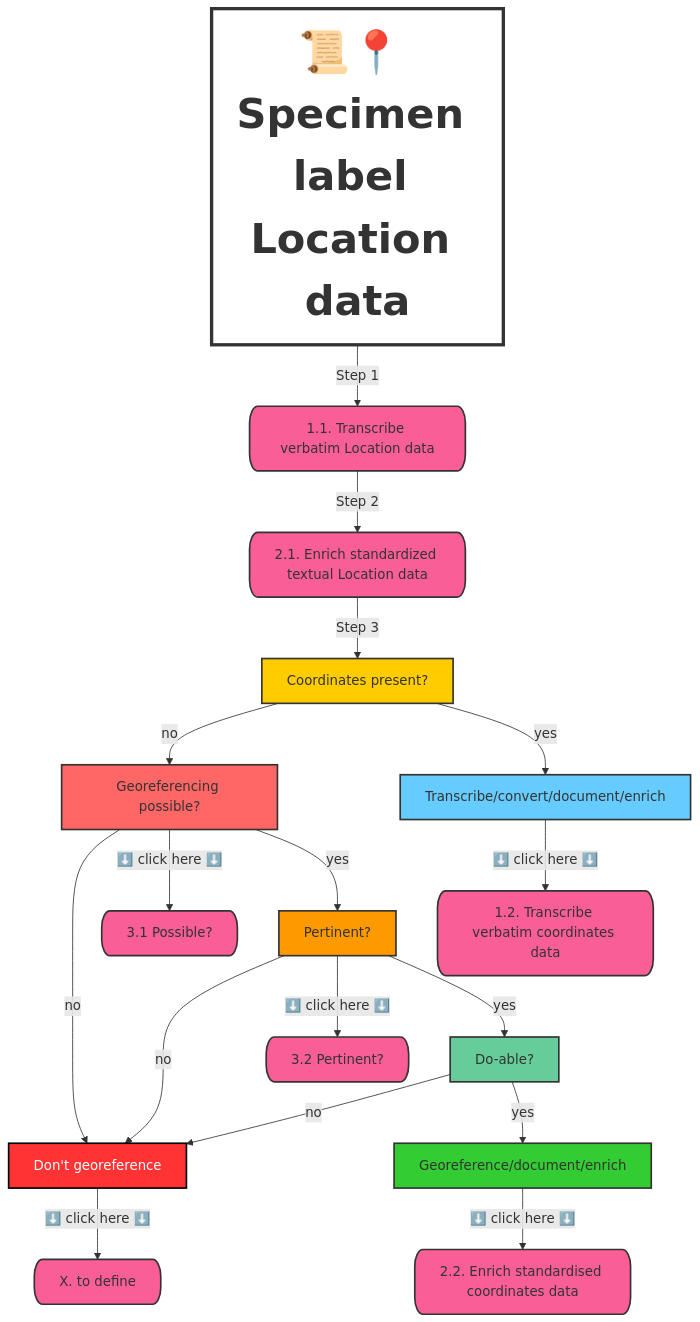
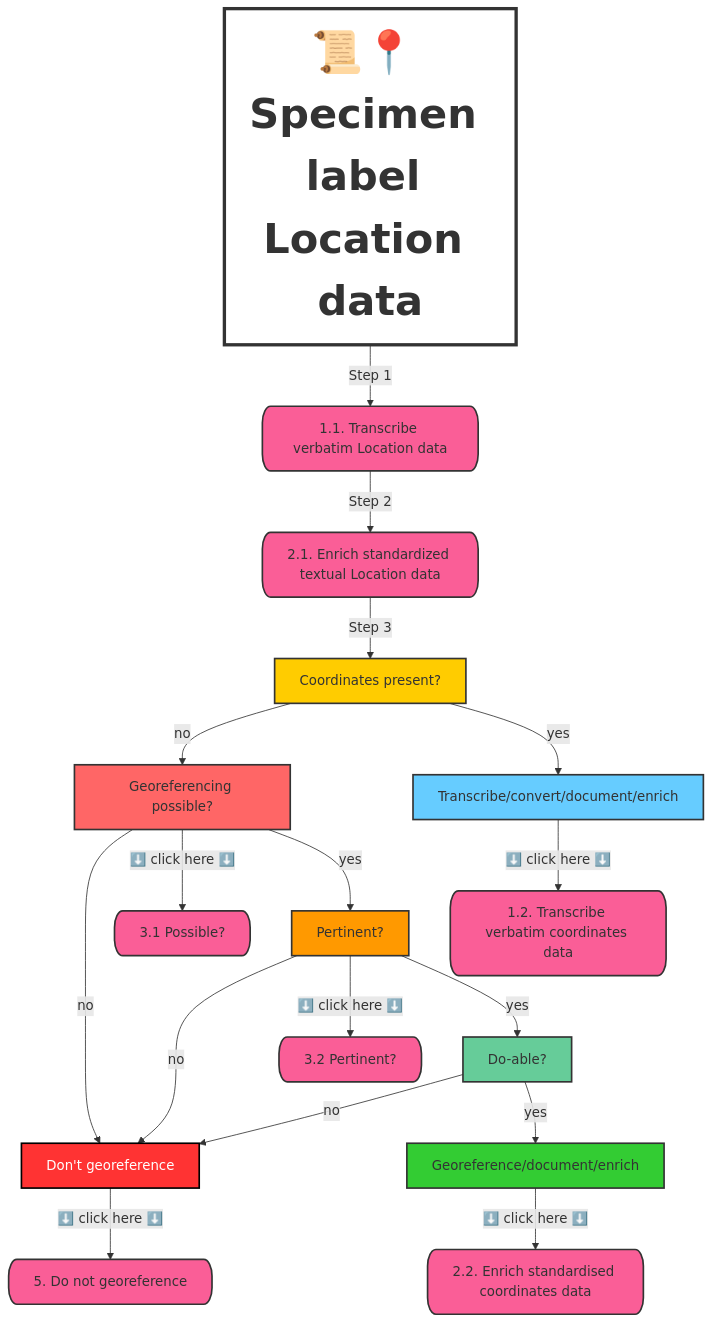
The diagram in en/thematicCommunities/GEOREFERENCING/geo_protocole.md (gbif/hp-swissnatcoll), drawn with Mermaid before and after one commit. The commit also changed other lines of this file, not shown here.

```diff
--- a/en/thematicCommunities/GEOREFERENCING/geo_protocole.md
+++ b/en/thematicCommunities/GEOREFERENCING/geo_protocole.md
@@ -36,46 +36,46 @@
 <div class="mermaid">
 graph TD;
     Start[📜📍 Specimen label Location data] --> |Step 1| Step1[1.1. Transcribe verbatim Location data];
     Step1 --> |Step 2| Step2[2.1. Enrich standardized textual Location data];
 
     %% Decision Graph in Step 3
     Step2 --> |Step 3| HasCoord[Coordinates present?];
     HasCoord[Coordinates present?] -->|no| GeoPoss[Georeferencing possible?];
     HasCoord -->|yes| TransVerbCoo[Transcribe/convert/document/enrich];
     GeoPoss --> |no| NoGeoref[Don't georeference];
     GeoPoss -->|⬇️ click here ⬇️| Link3[3.1 Possible?];
     GeoPoss --> |yes| GeorefPert[Pertinent?];
     GeorefPert --> |no| NoGeoref;
     GeorefPert -->|⬇️ click here ⬇️| Link4[3.2 Pertinent?];
     GeorefPert --> |yes| GeorefDoable[Do-able?];
     GeorefDoable --> |no| NoGeoref;
     GeorefDoable --> |yes| Georef[Georeference/document/enrich];
     TransVerbCoo -->|⬇️ click here ⬇️| Link1[1.2. Transcribe verbatim coordinates data];
     Georef -->|⬇️ click here ⬇️| Link2[2.2. Enrich standardised coordinates data];
-    NoGeoref -->|⬇️ click here ⬇️| Link5[X. to define];
+    NoGeoref -->|⬇️ click here ⬇️| Link5[5. Do not georeference];
 
     %% Define a "common style" for several blocks
     classDef bgColor fill: #FA5E97,stroke:#333,stroke-width:2px,rx:10px,ry:20px;
 
     %% Apply le style à tous les blocs qui doivent avoir la même couleur
     class Step1,Step2,Link1,Link2,Link3,Link4,Link5 bgColor;
 
     %% Apply Colors
     style Start fill:#FFFFFF,stroke:#333,stroke-width:4px,font-weight:bold,font-size:50px;
     style HasCoord fill:#ffcc00,stroke:#333,stroke-width:2px;
     style GeoPoss fill:#ff6666,stroke:#333,stroke-width:2px;
     style TransVerbCoo fill:#66ccff,stroke:#333,stroke-width:2px;
     style NoGeoref fill:#ff3333,stroke:#000,stroke-width:2px,color:white;
     style GeorefPert fill:#ff9900,stroke:#333,stroke-width:2px;
     style GeorefDoable fill:#66cc99,stroke:#333,stroke-width:2px;
     style Georef fill:#33cc33,stroke:#333,stroke-width:2px;
     
     %% Define the hyperlink
     click Link1 "/en/geo-protocole#12-transcribe-verbatim-coordinates-data"
     click Link2 "/en/geo-protocole#22-enrich-standardised-coordinates-data"
     click Link3 "/en/geo-protocole#31-possible"
     click Link4 "/en/geo-protocole#31-pertinent"
-    click Link5 "/en/geo-protocole"
+    click Link5 "/en/geo-protocole#4-do-not-georeference"
     click Step1 "/en/geo-protocole#11-step-1-transcribe-verbatim-location-data"
     click Step2 "/en/geo-protocole#21-enrich-standardised-textual-location-data"
 </div>
```
